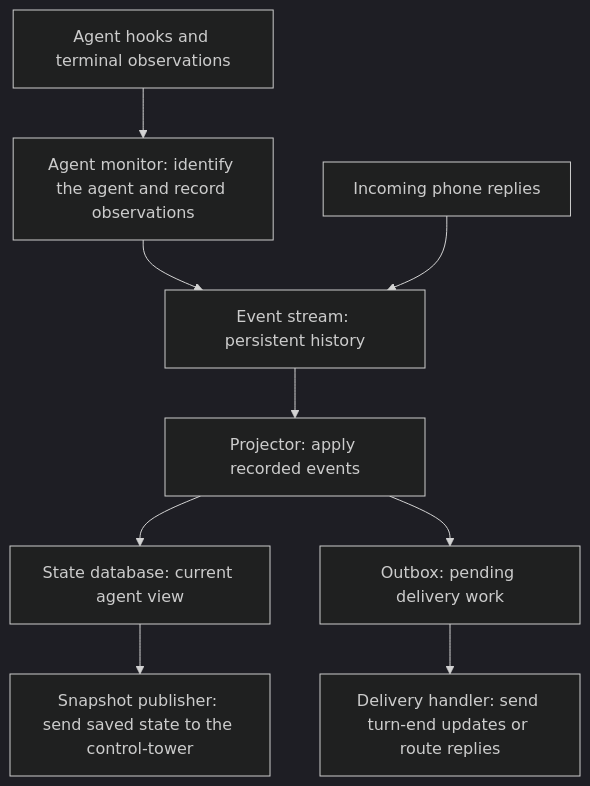
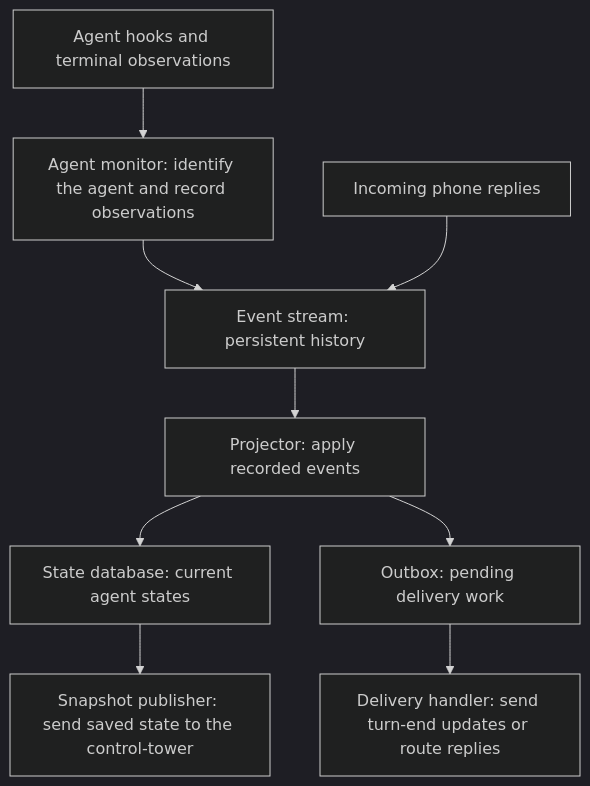
The second of 2 diagrams in docs/explanations/architecture.md (kahgeh/harold), drawn with Mermaid (dark theme) before and after one commit. The commit also changed other lines of this file and 3 other files, not shown here.

````diff
--- a/docs/explanations/architecture.md
+++ b/docs/explanations/architecture.md
@@ -231,11 +231,11 @@
 ```mermaid
 flowchart TD
     A["Agent hooks and terminal observations"] --> B["Agent monitor: identify the agent and record observations"]
     B --> C["Event stream: persistent history"]
     D["Incoming phone replies"] --> C
     C --> E["Projector: apply recorded events"]
-    E --> F["State database: current agent view"]
+    E --> F["State database: current agent states"]
     E --> G["Outbox: pending delivery work"]
     F --> H["Snapshot publisher: send saved state to the control-tower"]
     G --> I["Delivery handler: send turn-end updates or route replies"]
 ```
````
